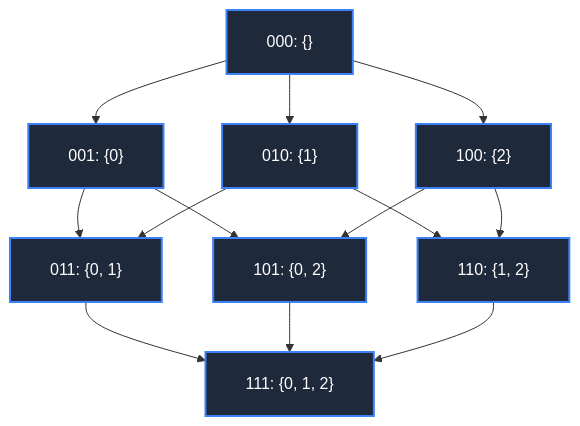
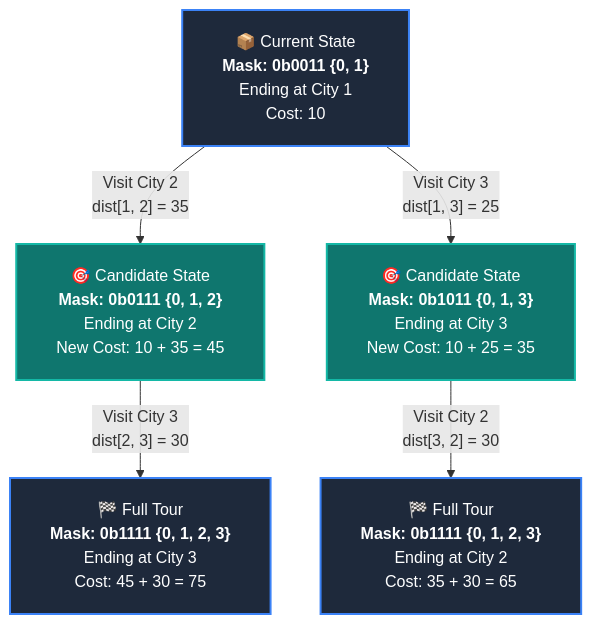
The diagram in week_11_dp_ii_advanced/Week_11_Day_03_Bitmask_And_Subset_DP_Instructional.md (dip4k/DSA_102), drawn with Mermaid before and after one commit. The commit also changed other lines of this file and 147 other files, not shown here.

First line of the commit message:
feat(curriculum): enrich Weeks 01-19 instructional modules & resolve repository-wide Mermaid cutoff

````diff
--- a/week_11_dp_ii_advanced/Week_11_Day_03_Bitmask_And_Subset_DP_Instructional.md
+++ b/week_11_dp_ii_advanced/Week_11_Day_03_Bitmask_And_Subset_DP_Instructional.md
@@ -95,21 +333,17 @@
 ```mermaid
 %%{init: {"flowchart": {"htmlLabels": true, "padding": 20}, "themeCSS": "foreignObject { overflow: visible !important; }"}}%%
 flowchart TD
-    S0["000: {}"] --> S1["001: {0}"]
-    S0 --> S2["010: {1}"]
-    S0 --> S4["100: {2}"]
+    Curr["📦 Current State<br/><b>Mask: 0b0011 {0, 1}</b><br/>Ending at City 1<br/>Cost: 10"]
 
-    S1 --> S3["011: {0, 1}"]
-    S1 --> S5["101: {0, 2}"]
-    S2 --> S3
-    S2 --> S6["110: {1, 2}"]
-    S4 --> S5
-    S4 --> S6
+    Curr -->|"Visit City 2<br/>dist[1, 2] = 35"| Next2["🎯 Candidate State<br/><b>Mask: 0b0111 {0, 1, 2}</b><br/>Ending at City 2<br/>New Cost: 10 + 35 = 45"]
 
-    S3 --> S7["111: {0, 1, 2}"]
-    S5 --> S7
-    S6 --> S7
+    Curr -->|"Visit City 3<br/>dist[1, 3] = 25"| Next3["🎯 Candidate State<br/><b>Mask: 0b1011 {0, 1, 3}</b><br/>Ending at City 3<br/>New Cost: 10 + 25 = 35"]
+
+    Next2 -->|"Visit City 3<br/>dist[2, 3] = 30"| Full1["🏁 Full Tour<br/><b>Mask: 0b1111 {0, 1, 2, 3}</b><br/>Ending at City 3<br/>Cost: 45 + 30 = 75"]
+
+    Next3 -->|"Visit City 2<br/>dist[3, 2] = 30"| Full2["🏁 Full Tour<br/><b>Mask: 0b1111 {0, 1, 2, 3}</b><br/>Ending at City 2<br/>Cost: 35 + 30 = 65"]
 
     classDef default fill:#1e293b,stroke:#3b82f6,stroke-width:2px,color:#ffffff
-    classDef target fill:#0d47a1,stroke:#82b1ff,stroke-width:2px,color:#ffffff
+    classDef highlight fill:#0f766e,stroke:#14b8a6,stroke-width:2px,color:#ffffff
+    class Next2,Next3 highlight
 ```
````
